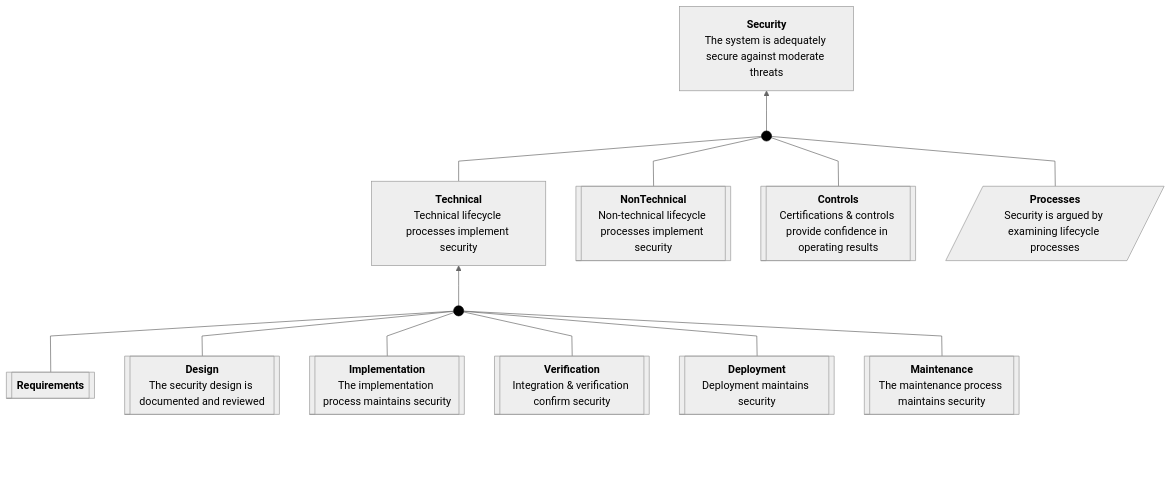
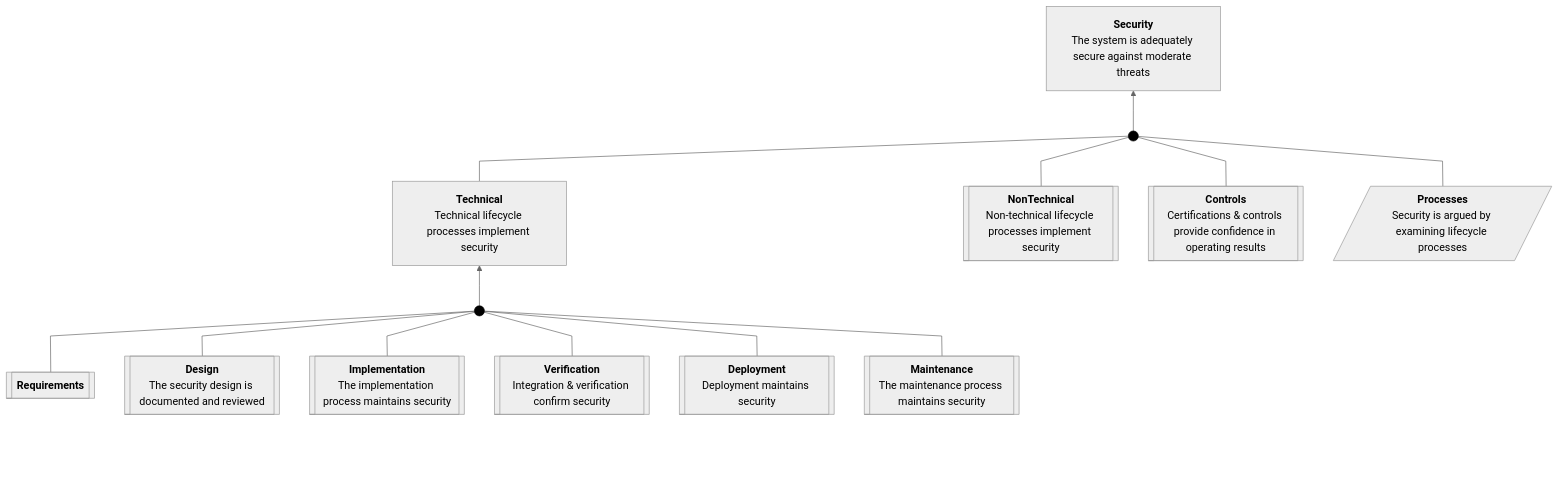
One commit to david-a-wheeler/caseproc changed the first of 3 diagrams in tests/fixtures/badgeapp-doc-output.expected.md. Above: the diagram before and after it, drawn with Mermaid. The commit also changed other lines of this file and 6 other files, not shown here.

Commit message:
Fix bottom padding of SACM mermaid diagrams

````diff
--- a/tests/fixtures/badgeapp-doc-output.expected.md
+++ b/tests/fixtures/badgeapp-doc-output.expected.md
@@ -10,55 +10,63 @@
 ```mermaid
 ---
 config:
   theme: neutral
   flowchart:
     curve: linear
     htmlLabels: true
     rankSpacing: 60
     nodeSpacing: 45
     padding: 15
 ---
 flowchart BT
     classDef invisible opacity:0
     classDef sacmDot fill:#000,stroke:#000
     classDef connector fill:none,stroke:#cccccc,stroke-width:1px;
     classDef abstractClaim stroke-width:2px,stroke-dasharray: 5 5;
     Security["<b>Security</b><br>The system is adequately secure against moderate threats"]
     Processes[/"<b>Processes</b><br>Security is argued by examining lifecycle processes"/]
     Technical["<b>Technical</b><br>Technical lifecycle processes implement security"]
     NonTechnical[["<b>NonTechnical</b><br>Non-technical lifecycle processes implement security"]]
     Controls[["<b>Controls</b><br>Certifications &amp; controls provide confidence in operating results"]]
     Requirements[["<b>Requirements</b>"]]
     Design[["<b>Design</b><br>The security design is documented and reviewed"]]
     Implementation[["<b>Implementation</b><br>The implementation process maintains security"]]
     Verification[["<b>Verification</b><br>Integration &amp; verification confirm security"]]
     Deployment[["<b>Deployment</b><br>Deployment maintains security"]]
     Maintenance[["<b>Maintenance</b><br>The maintenance process maintains security"]]
     Dot1((" ")):::sacmDot
     Dot2((" ")):::sacmDot
     click Security "https://github.com/david-a-wheeler/verocase/blob/main/tests/fixtures/badgeapp-doc-output.expected.md#claim-security"
     click Processes "https://github.com/david-a-wheeler/verocase/blob/main/tests/fixtures/badgeapp-doc-output.expected.md#strategy-processes"
     click Technical "https://github.com/david-a-wheeler/verocase/blob/main/tests/fixtures/badgeapp-doc-output.expected.md#claim-technical"
     click NonTechnical "https://github.com/david-a-wheeler/verocase/blob/main/tests/fixtures/badgeapp-doc-output.expected.md#package-nontechnical"
     click Controls "https://github.com/david-a-wheeler/verocase/blob/main/tests/fixtures/badgeapp-doc-output.expected.md#package-controls"
     click Requirements "https://github.com/david-a-wheeler/verocase/blob/main/tests/fixtures/badgeapp-doc-output.expected.md#package-requirements"
     click Design "https://github.com/david-a-wheeler/verocase/blob/main/tests/fixtures/badgeapp-doc-output.expected.md#package-design"
     click Implementation "https://github.com/david-a-wheeler/verocase/blob/main/tests/fixtures/badgeapp-doc-output.expected.md#package-implementation"
     click Verification "https://github.com/david-a-wheeler/verocase/blob/main/tests/fixtures/badgeapp-doc-output.expected.md#package-verification"
     click Deployment "https://github.com/david-a-wheeler/verocase/blob/main/tests/fixtures/badgeapp-doc-output.expected.md#package-deployment"
     click Maintenance "https://github.com/david-a-wheeler/verocase/blob/main/tests/fixtures/badgeapp-doc-output.expected.md#package-maintenance"
 
-    BottomPadding[ ]:::invisible ~~~ Requirements
+    BottomPadding[ ]:::invisible ~~~ Processes
+    BottomPadding ~~~ NonTechnical
+    BottomPadding ~~~ Controls
+    BottomPadding ~~~ Requirements
+    BottomPadding ~~~ Design
+    BottomPadding ~~~ Implementation
+    BottomPadding ~~~ Verification
+    BottomPadding ~~~ Deployment
+    BottomPadding ~~~ Maintenance
     Requirements --- Dot1
     Design --- Dot1
     Implementation --- Dot1
     Verification --- Dot1
     Deployment --- Dot1
     Maintenance --- Dot1
     Dot1 --> Technical
     Technical --- Dot2
     NonTechnical --- Dot2
     Controls --- Dot2
     Processes --- Dot2
     Dot2 --> Security
 ```
````
